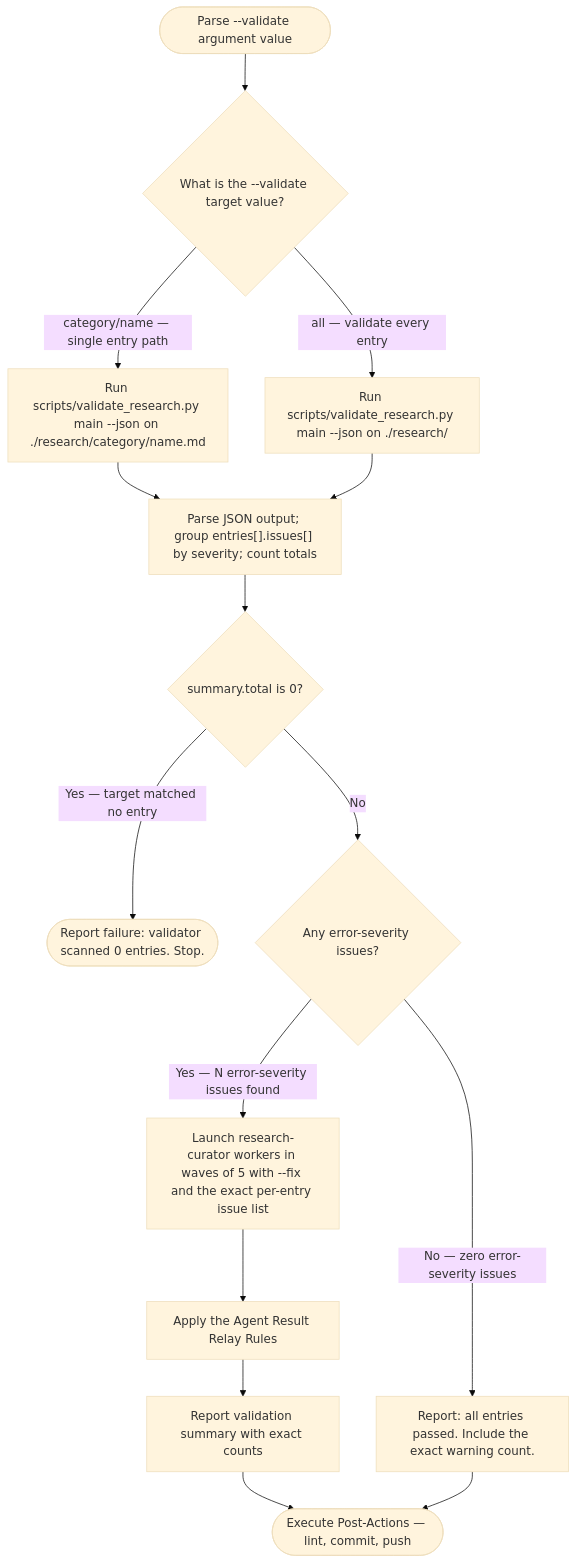
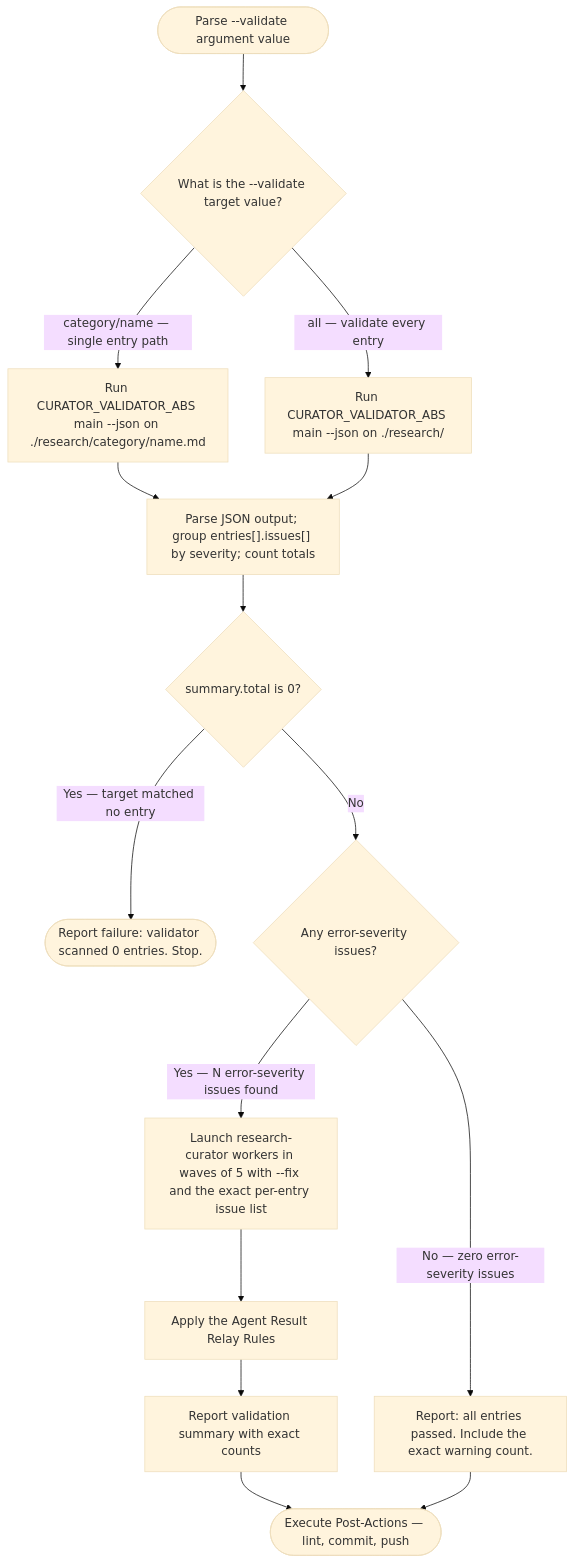
Before and after one commit to Jamie-BitFlight/claude_skills: the third of 4 diagrams in .claude/skills/research-curator/SKILL.md, drawn with Mermaid (base theme). The commit also changed other lines of this file and 4 other files, not shown here.

Commit message:
fix(research): resolve target-safe script paths

````diff
--- a/.claude/skills/research-curator/SKILL.md
+++ b/.claude/skills/research-curator/SKILL.md
@@ -202,17 +223,17 @@
 ```mermaid
 flowchart TD
     Start(["Parse --validate argument value"]) --> Q{"What is the --validate target value?"}
-    Q -->|"category/name — single entry path"| RunScript["Run scripts/validate_research.py main --json on ./research/category/name.md"]
-    Q -->|"all — validate every entry"| RunScriptAll["Run scripts/validate_research.py main --json on ./research/"]
+    Q -->|"category/name — single entry path"| RunScript["Run CURATOR_VALIDATOR_ABS main --json on ./research/category/name.md"]
+    Q -->|"all — validate every entry"| RunScriptAll["Run CURATOR_VALIDATOR_ABS main --json on ./research/"]
     RunScript --> ParseJSON["Parse JSON output; group entries[].issues[] by severity; count totals"]
     RunScriptAll --> ParseJSON
     ParseJSON --> Zero{"summary.total is 0?"}
     Zero -->|"Yes — target matched no entry"| ZeroFail(["Report failure: validator scanned 0 entries. Stop."])
     Zero -->|"No"| HasErrors{"Any error-severity issues?"}
     HasErrors -->|"Yes — N error-severity issues found"| SpawnFix["Launch research-curator workers in waves of 5 with --fix and the exact per-entry issue list"]
     HasErrors -->|"No — zero error-severity issues"| ReportClean["Report: all entries passed. Include the exact warning count."]
     SpawnFix --> RelayCheck["Apply the Agent Result Relay Rules"]
     RelayCheck --> ReportSummary["Report validation summary with exact counts"]
     ReportSummary --> PostActions(["Execute Post-Actions — lint, commit, push"])
     ReportClean --> PostActions
 ```
````
